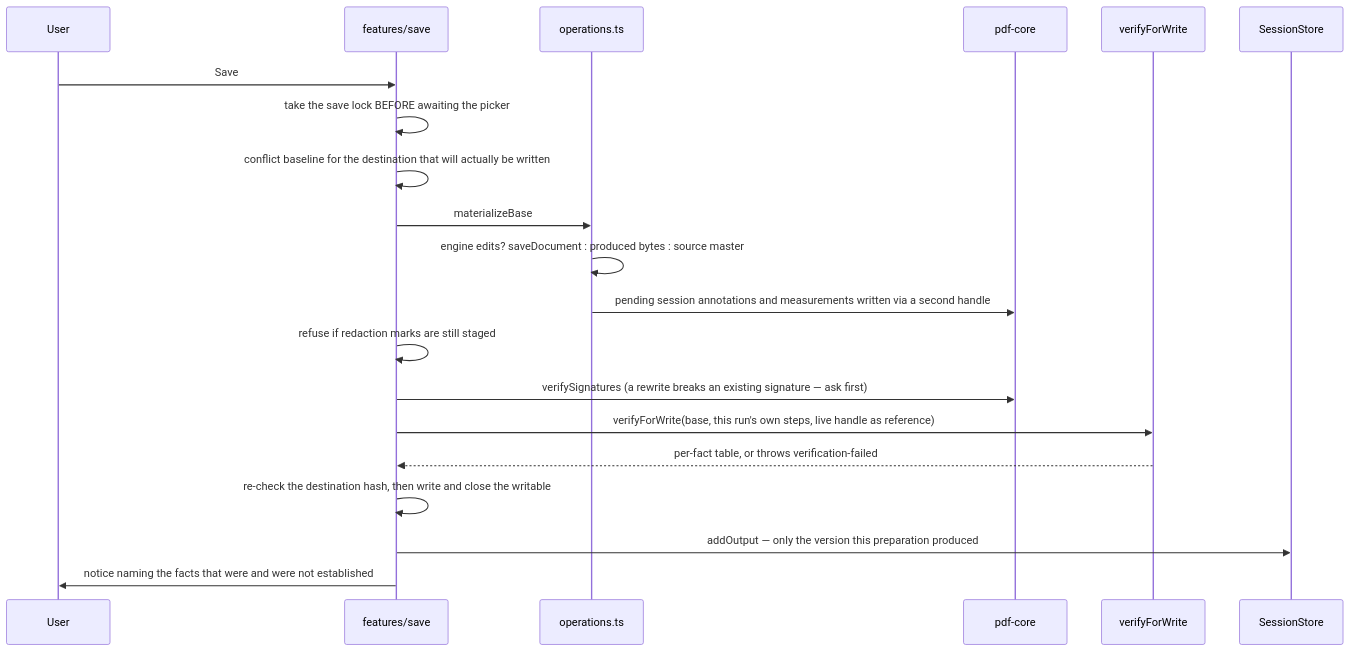
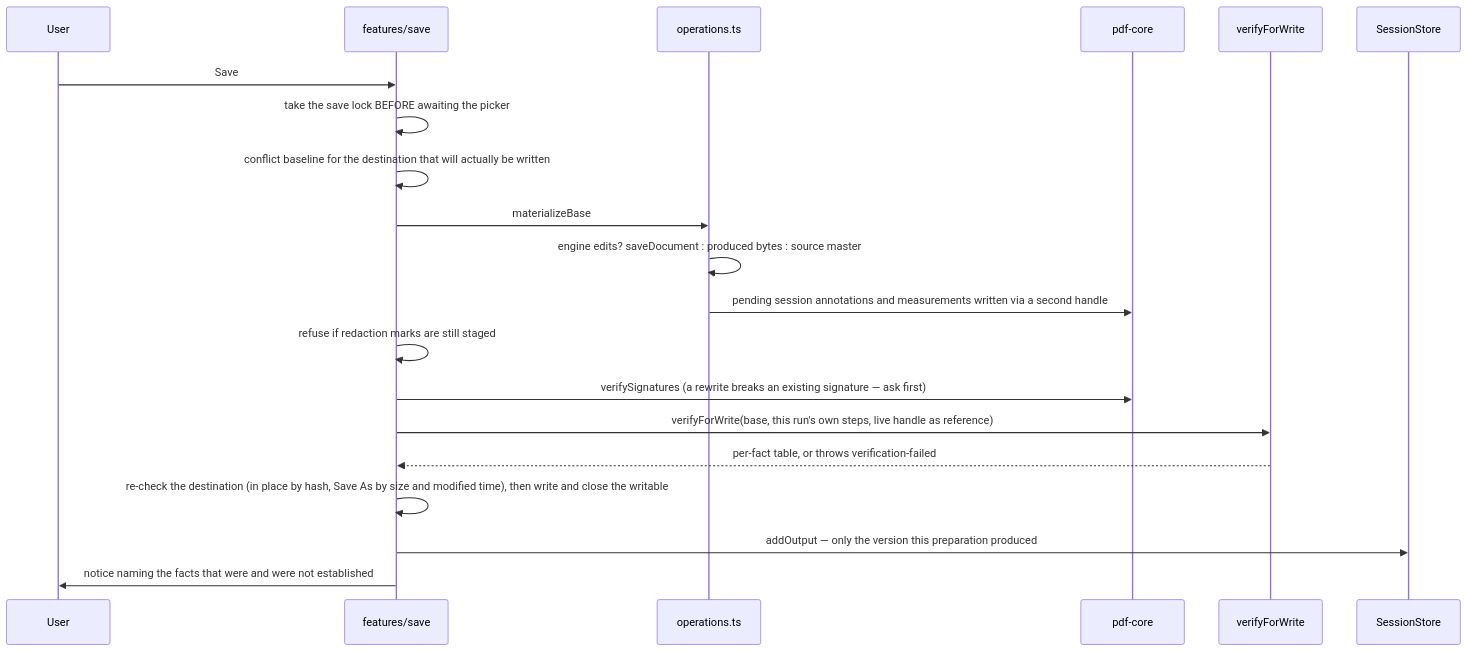
One commit to isolmaz/ss-pdf-editor changed the fourth of 4 diagrams in docs/architecture.md. Above: the diagram before and after it, drawn with Mermaid. The commit also changed other lines of this file and 19 other files, not shown here.

````diff
--- a/docs/architecture.md
+++ b/docs/architecture.md
@@ -2498,23 +2510,23 @@
 ```mermaid
 sequenceDiagram
     participant U as User
     participant A as features/save
     participant O as operations.ts
     participant C as pdf-core
     participant V as verifyForWrite
     participant M as SessionStore
 
     U->>A: Save
     A->>A: take the save lock BEFORE awaiting the picker
     A->>A: conflict baseline for the destination that will actually be written
     A->>O: materializeBase
     O->>O: engine edits? saveDocument : produced bytes : source master
     O->>C: pending session annotations and measurements written via a second handle
     A->>A: refuse if redaction marks are still staged
     A->>C: verifySignatures (a rewrite breaks an existing signature — ask first)
     A->>V: verifyForWrite(base, this run's own steps, live handle as reference)
     V-->>A: per-fact table, or throws verification-failed
-    A->>A: re-check the destination hash, then write and close the writable
+    A->>A: re-check the destination (in place by hash, Save As by size and modified time), then write and close the writable
     A->>M: addOutput — only the version this preparation produced
     A->>U: notice naming the facts that were and were not established
 ```
````
